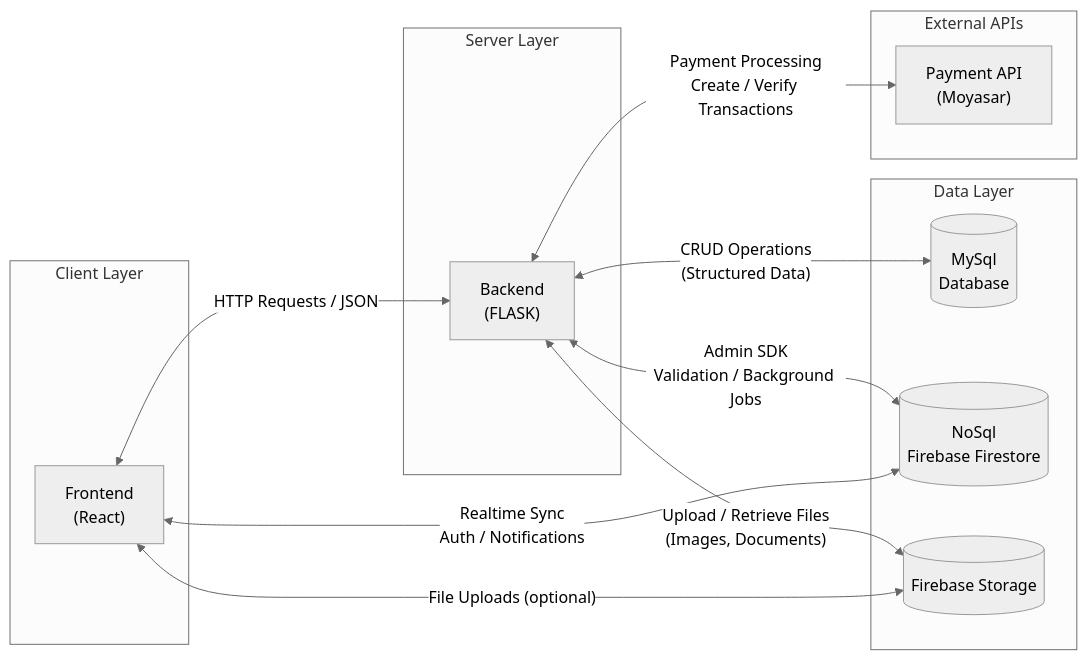
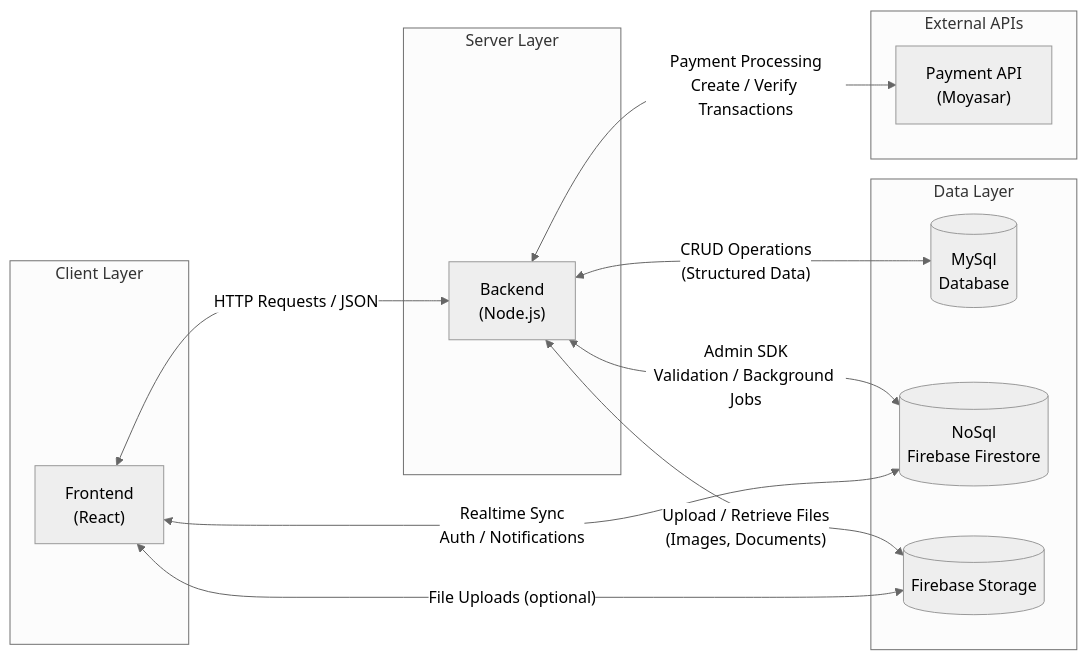
One commit to aziz5g-tech/holbertonschool-portfolio-project changed the first of 2 diagrams in Stage 3/high-level architecture diagram .md. Above: the diagram before and after it, drawn with Mermaid (neutral theme).

Commit message:
Change backend technology from Flask to Node.js

````diff
--- a/Stage 3/high-level architecture diagram .md
+++ b/Stage 3/high-level architecture diagram .md
@@ -4,41 +4,41 @@
 ```mermaid
 flowchart LR
     subgraph Client["Client Layer"]
         FE["Frontend<br/>(React)"]
     end
 
     subgraph Server["Server Layer"]
-        BE["Backend<br/>(FLASK)"]
+        BE["Backend<br/>(Node.js)"]
     end
 
     subgraph Data["Data Layer"]
         DB[(MySql<br/>Database)]
         DB2[(NoSql<br/>Firebase Firestore)]
         FS[(Firebase Storage)]
     end
 
     subgraph External["External APIs"]
         MOYASAR["Payment API<br/>(Moyasar)"]
     end
 
     %% Client ↔ Backend
     FE <-->|"HTTP Requests / JSON"| BE
 
     %% Backend ↔ MySQL
     BE <-->|"CRUD Operations<br/>(Structured Data)"| DB
 
     %% Backend ↔ Firebase Firestore
     BE <-->|"Admin SDK<br/>Validation / Background Jobs"| DB2
 
     %% Backend ↔ Firebase Storage
     BE <-->|"Upload / Retrieve Files<br/>(Images, Documents)"| FS
 
     %% Client ↔ Firebase Firestore
     FE <-->|"Realtime Sync<br/>Auth / Notifications"| DB2
 
     %% Client ↔ Firebase Storage (optional direct upload)
     FE <-->|"File Uploads (optional)"| FS
 
     %% Backend ↔ Payment Gateway
     BE <-->|"Payment Processing<br/>Create / Verify Transactions"| MOYASAR
 ```
````
